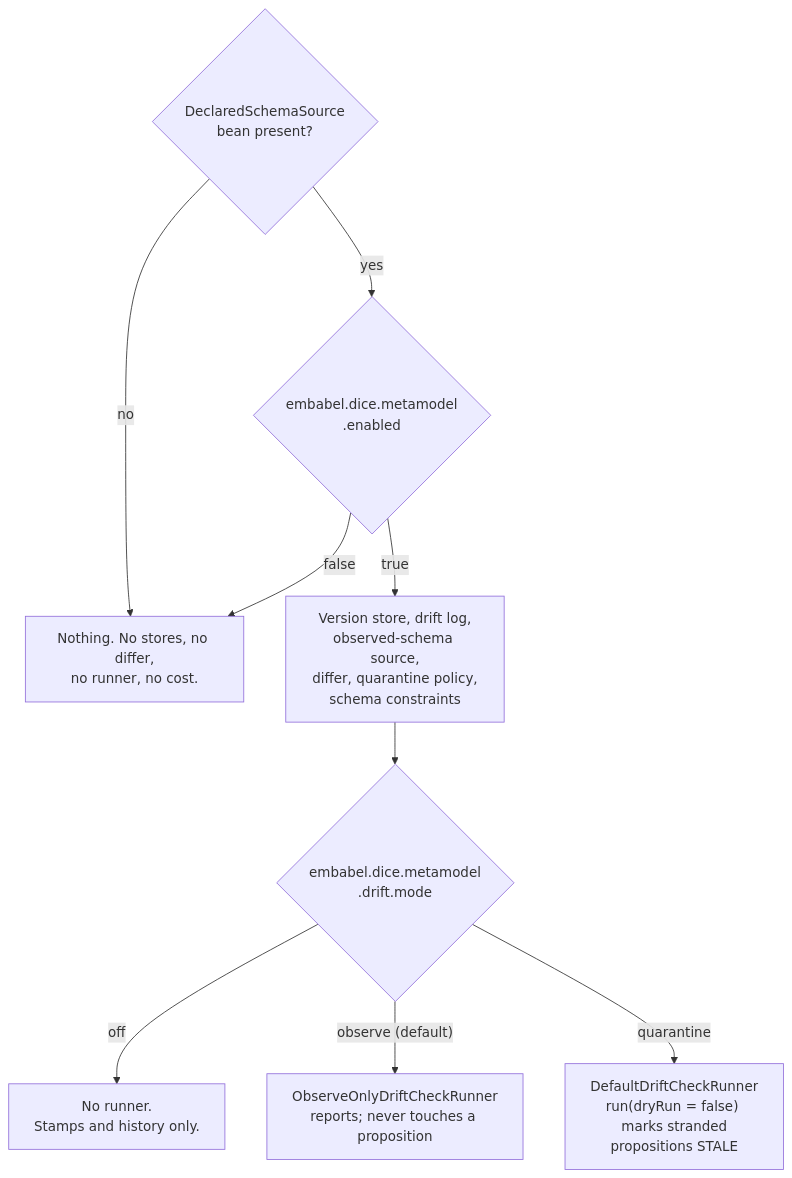
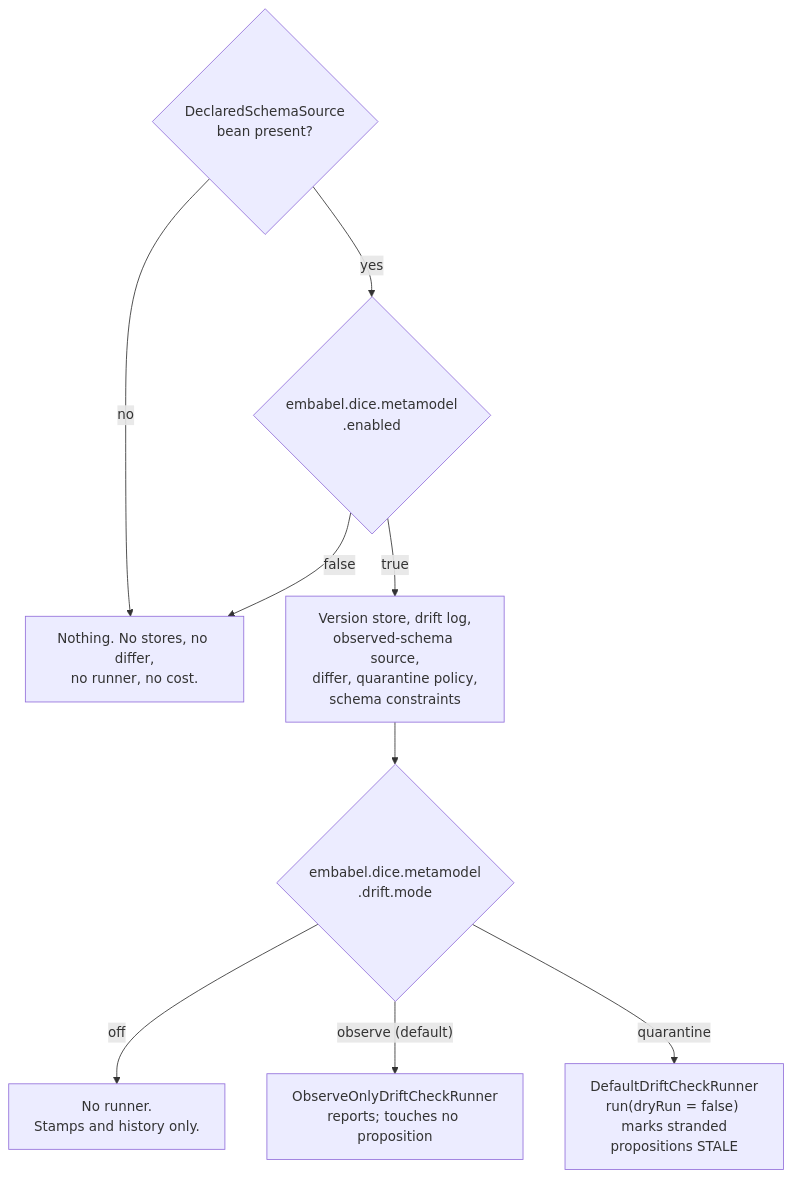
One commit to embabel/dice changed the diagram in docs/design/metamodel-wiring.md. Above: the diagram before and after it, drawn with Mermaid. The commit also changed other lines of this file and 8 other files, not shown here.

````diff
--- a/docs/design/metamodel-wiring.md
+++ b/docs/design/metamodel-wiring.md
@@ -19,12 +14,12 @@
 ```mermaid
 flowchart TD
     A{"DeclaredSchemaSource<br/>bean present?"}
     A -- no --> Z["Nothing. No stores, no differ,<br/>no runner, no cost."]
     A -- yes --> B{"embabel.dice.metamodel<br/>.enabled"}
     B -- false --> Z
     B -- true --> C["Version store, drift log,<br/>observed-schema source,<br/>differ, quarantine policy,<br/>schema constraints"]
     C --> D{"embabel.dice.metamodel<br/>.drift.mode"}
     D -- off --> E["No runner.<br/>Stamps and history only."]
-    D -- "observe (default)" --> F["ObserveOnlyDriftCheckRunner<br/>reports; never touches a proposition"]
+    D -- "observe (default)" --> F["ObserveOnlyDriftCheckRunner<br/>reports; touches no proposition"]
     D -- quarantine --> G["DefaultDriftCheckRunner<br/>run(dryRun = false) marks stranded<br/>propositions STALE"]
 ```
````
